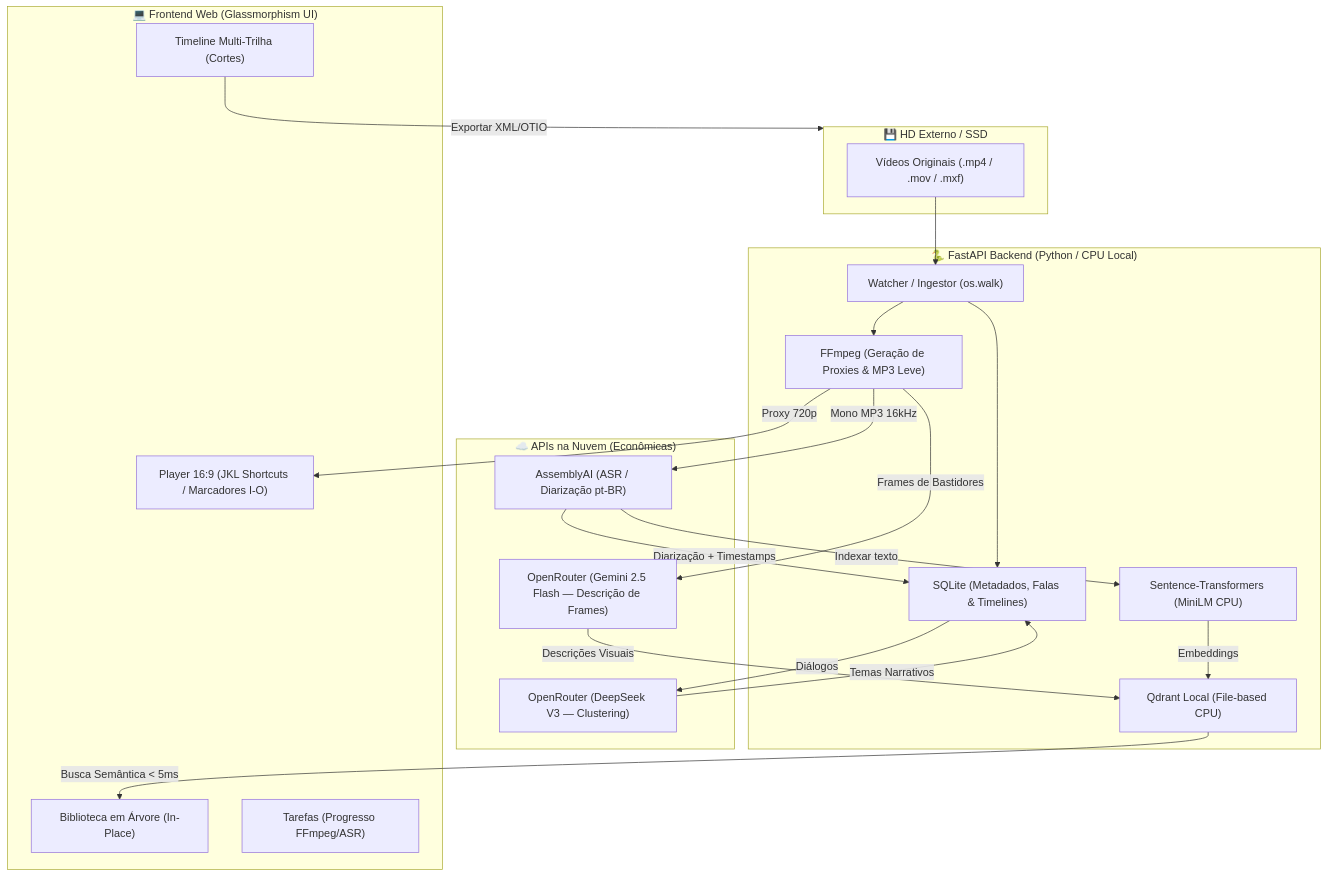
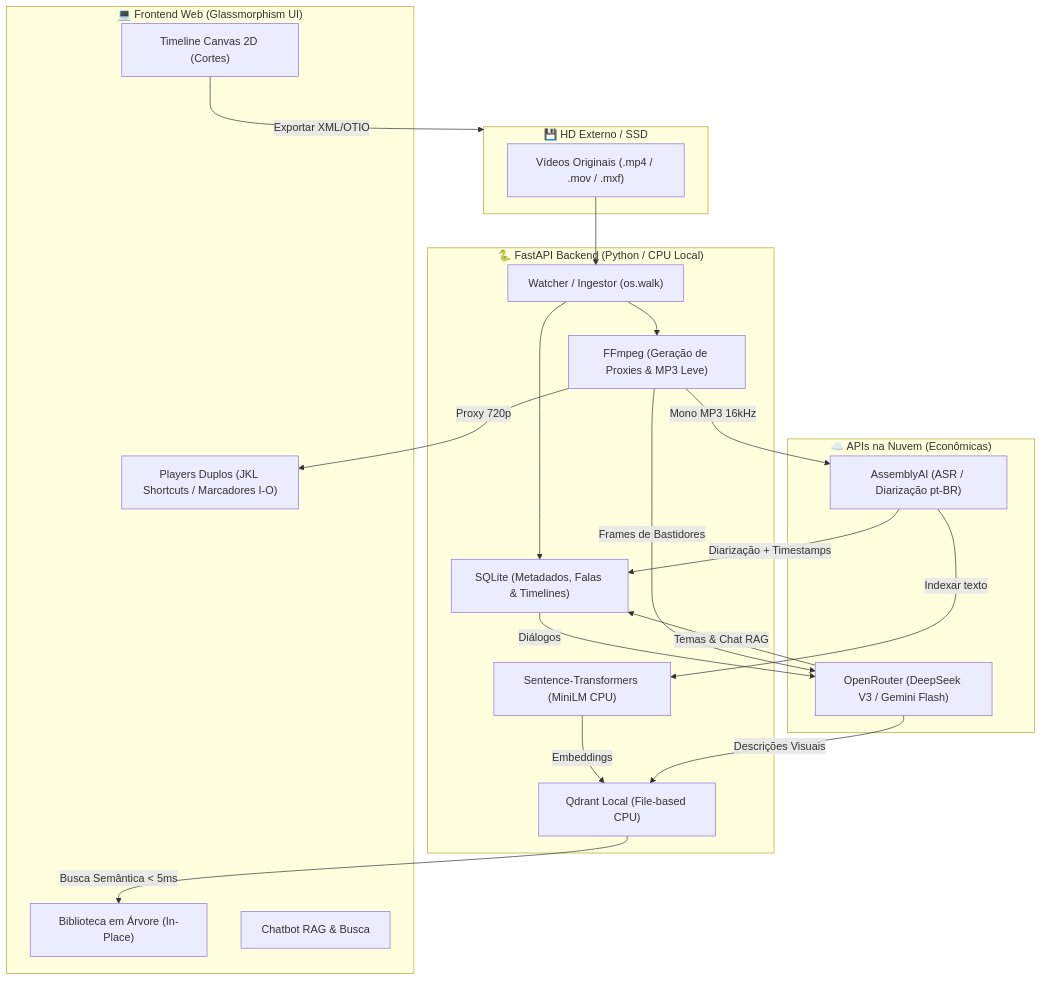
One commit to fernangcortes/capiau-talho-v03 changed the diagram in README.md. Above: the diagram before and after it, drawn with Mermaid. The commit also changed other lines of this file and 9 other files, not shown here.

````diff
--- a/README.md
+++ b/README.md
@@ -13,42 +26,41 @@
 ```mermaid
 graph TD
     subgraph HD_Externo["💾 HD Externo / SSD"]
         Originals["Vídeos Originais (.mp4 / .mov / .mxf)"]
     end
 
     subgraph Backend["🐍 FastAPI Backend (Python / CPU Local)"]
         Watcher["Watcher / Ingestor (os.walk)"]
         FFmpeg["FFmpeg (Geração de Proxies & MP3 Leve)"]
         SQLite["SQLite (Metadados, Falas & Timelines)"]
         SentenceTransformers["Sentence-Transformers (MiniLM CPU)"]
         Qdrant["Qdrant Local (File-based CPU)"]
     end
 
     subgraph APIs_Nuvem["☁️ APIs na Nuvem (Econômicas)"]
         AssemblyAI["AssemblyAI (ASR / Diarização pt-BR)"]
-        OpenRouterText["OpenRouter (DeepSeek V3 — Clustering)"]
-        OpenRouterVision["OpenRouter (Gemini 2.5 Flash — Descrição de Frames)"]
+        OpenRouter["OpenRouter (DeepSeek V3 / Gemini Flash)"]
     end
 
     subgraph Frontend["💻 Frontend Web (Glassmorphism UI)"]
-        Player["Player 16:9 (JKL Shortcuts / Marcadores I-O)"]
+        Player["Players Duplos (JKL Shortcuts / Marcadores I-O)"]
         Biblioteca["Biblioteca em Árvore (In-Place)"]
-        Timeline["Timeline Multi-Trilha (Cortes)"]
-        FilaTarefas["Tarefas (Progresso FFmpeg/ASR)"]
+        Timeline["Timeline Canvas 2D (Cortes)"]
+        Chat["Chatbot RAG & Busca"]
     end
 
     Originals --> Watcher
     Watcher --> SQLite
     Watcher --> FFmpeg
     FFmpeg -->|Proxy 720p| Player
     FFmpeg -->|Mono MP3 16kHz| AssemblyAI
     AssemblyAI -->|Diarização + Timestamps| SQLite
     AssemblyAI -->|Indexar texto| SentenceTransformers
     SentenceTransformers -->|Embeddings| Qdrant
-    SQLite -->|Diálogos| OpenRouterText
-    OpenRouterText -->|Temas Narrativos| SQLite
-    FFmpeg -->|Frames de Bastidores| OpenRouterVision
-    OpenRouterVision -->|Descrições Visuais| Qdrant
+    SQLite -->|Diálogos| OpenRouter
+    OpenRouter -->|Temas & Chat RAG| SQLite
+    FFmpeg -->|Frames de Bastidores| OpenRouter
+    OpenRouter -->|Descrições Visuais| Qdrant
     Qdrant -->|Busca Semântica < 5ms| Biblioteca
     Timeline -->|Exportar XML/OTIO| HD_Externo
 ```
````
